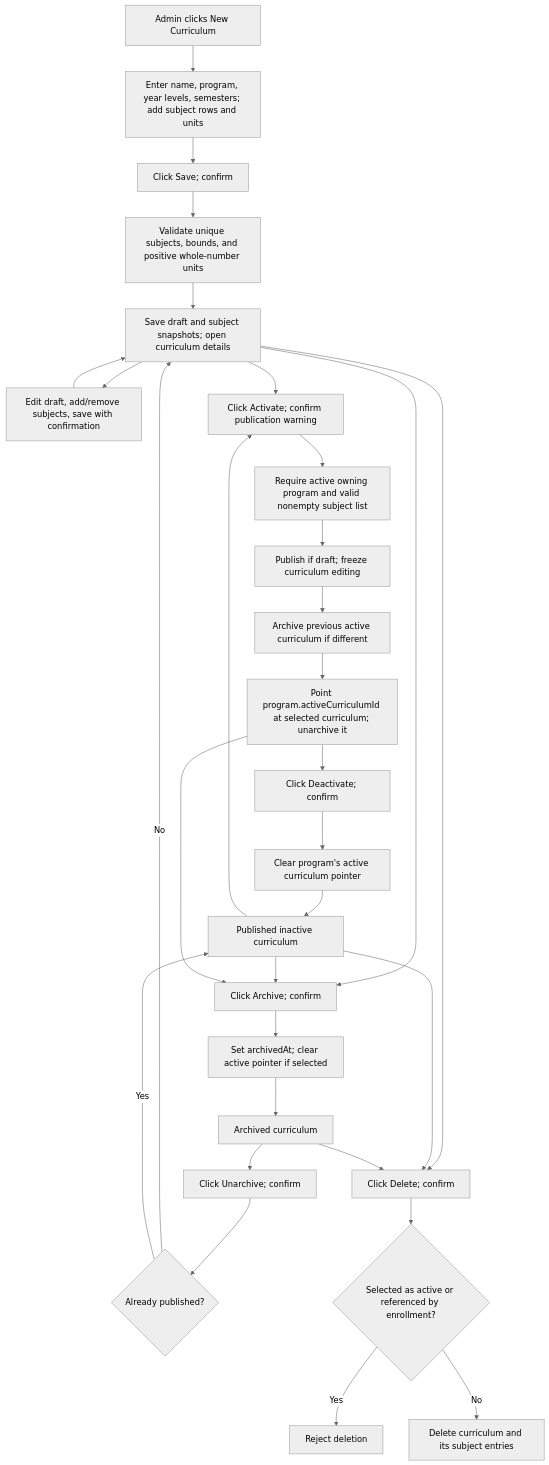
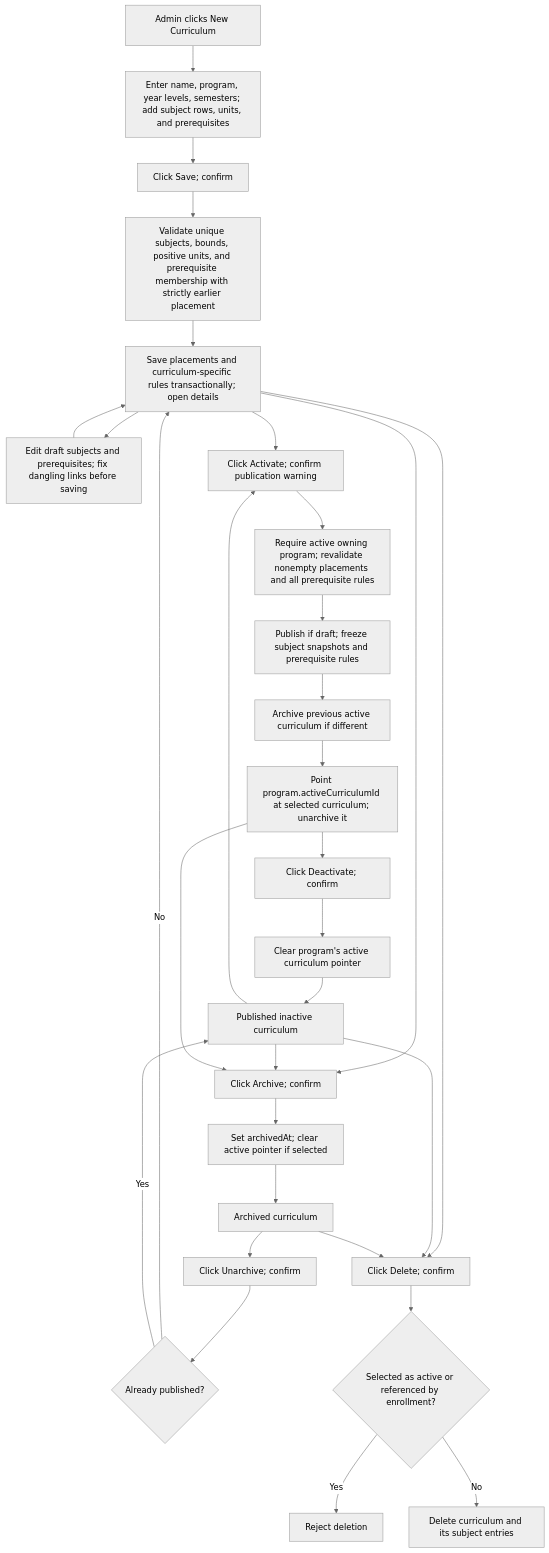
One commit to alincastrechristian-lgtm/enrollment-bpc changed diagram 12 of 19 in docs/system-flows.md. Above: the diagram before and after it, drawn with Mermaid (neutral theme). The commit also changed other lines of this file and 42 other files, not shown here.

````diff
--- a/docs/system-flows.md
+++ b/docs/system-flows.md
@@ -440,33 +468,33 @@
 ```mermaid
 flowchart TD
-    New[Admin clicks New Curriculum] --> Editor[Enter name, program, year levels, semesters; add subject rows and units]
+    New[Admin clicks New Curriculum] --> Editor[Enter name, program, year levels, semesters; add subject rows, units, and prerequisites]
     Editor --> Save[Click Save; confirm]
-    Save --> Validate[Validate unique subjects, bounds, and positive whole-number units]
-    Validate --> Draft[Save draft and subject snapshots; open curriculum details]
-    Draft --> Edit[Edit draft, add/remove subjects, save with confirmation]
+    Save --> Validate[Validate unique subjects, bounds, positive units, and prerequisite membership with strictly earlier placement]
+    Validate --> Draft[Save placements and curriculum-specific rules transactionally; open details]
+    Draft --> Edit[Edit draft subjects and prerequisites; fix dangling links before saving]
     Edit --> Draft
     Draft --> Activate[Click Activate; confirm publication warning]
     Inactive[Published inactive curriculum] --> Activate
     Archived[Archived curriculum] --> Unarchive[Click Unarchive; confirm]
     Unarchive --> Published{Already published?}
     Published -->|No| Draft
     Published -->|Yes| Inactive
-    Activate --> Check[Require active owning program and valid nonempty subject list]
-    Check --> Publish[Publish if draft; freeze curriculum editing]
+    Activate --> Check[Require active owning program; revalidate nonempty placements and all prerequisite rules]
+    Check --> Publish[Publish if draft; freeze subject snapshots and prerequisite rules]
     Publish --> Previous[Archive previous active curriculum if different]
     Previous --> Active[Point program.activeCurriculumId at selected curriculum; unarchive it]
     Active --> Deactivate[Click Deactivate; confirm]
     Deactivate --> Clear[Clear program's active curriculum pointer]
     Clear --> Inactive
     Draft --> Archive[Click Archive; confirm]
     Inactive --> Archive
     Active --> Archive
     Archive --> ArchiveSave[Set archivedAt; clear active pointer if selected]
     ArchiveSave --> Archived
     Draft --> Delete[Click Delete; confirm]
     Inactive --> Delete
     Archived --> Delete
     Delete --> Used{Selected as active or referenced by enrollment?}
     Used -->|Yes| Reject[Reject deletion]
     Used -->|No| Remove[Delete curriculum and its subject entries]
 ```
````
